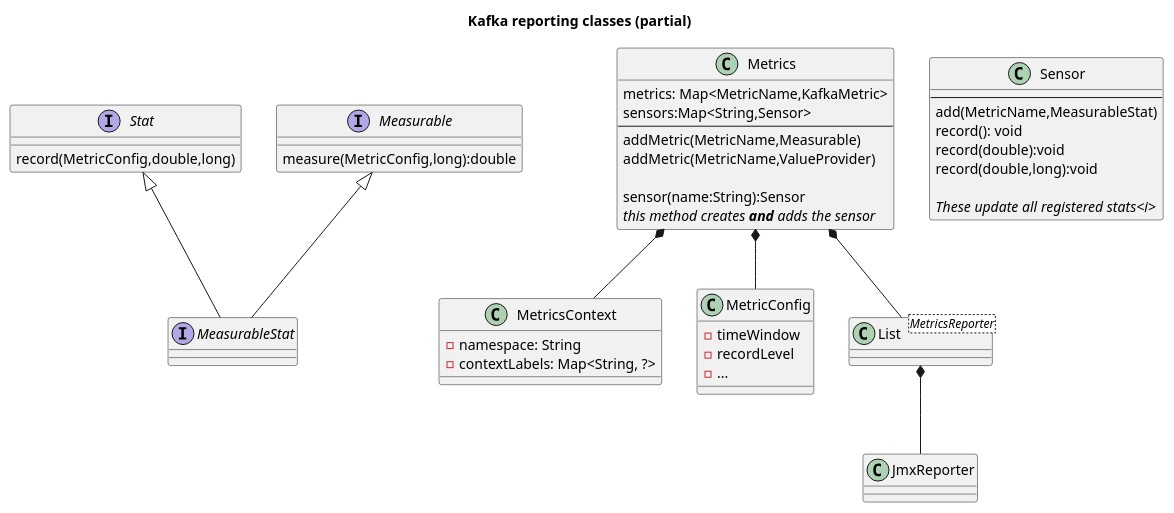
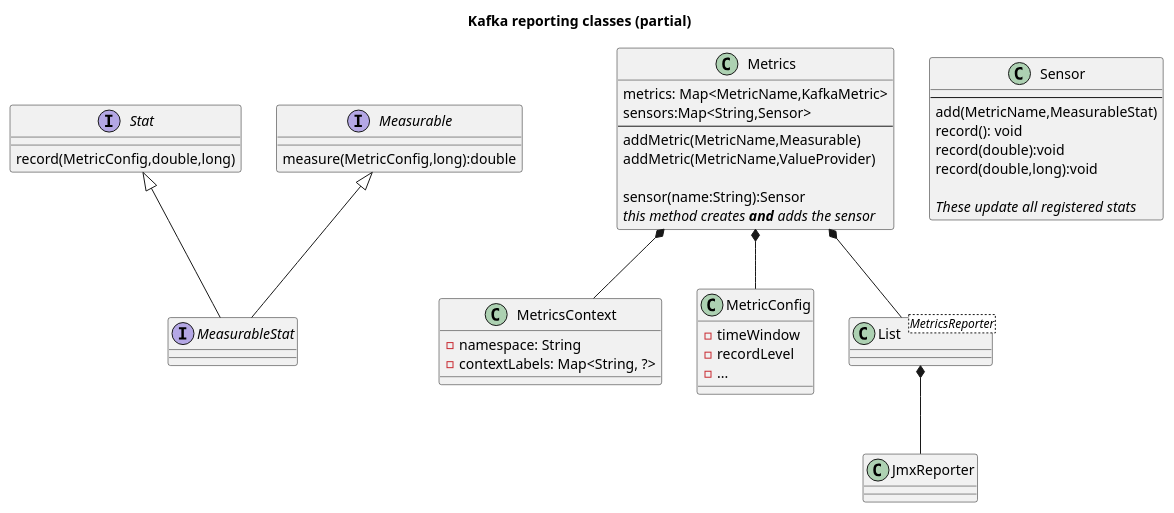
The diagram in reporting.puml (tonvanbart/kafka-connect-example), drawn with PlantUML before and after one commit.

Commit message:
Reporting classes overview

```diff
--- a/reporting.puml
+++ b/reporting.puml
@@ -1,57 +1,57 @@
 @startuml
 'https://plantuml.com/class-diagram
 
 title Kafka reporting classes (partial)
 
 interface Stat {
     record(MetricConfig,double,long)
 }
 
 interface Measurable {
     measure(MetricConfig,long):double
 }
 
 Interface MeasurableStat
 
 Measurable <|-- MeasurableStat
 Stat <|-- MeasurableStat
 
 class Metrics {
     metrics: Map<MetricName,KafkaMetric>
     sensors:Map<String,Sensor>
     ---
     addMetric(MetricName,Measurable)
     addMetric(MetricName,ValueProvider)
 
     sensor(name:String):Sensor
     <i>this method creates <b>and</b> adds the sensor</i>
 }
 
 class Sensor {
     ---
     add(MetricName,MeasurableStat)
     record(): void
     record(double):void
     record(double,long):void
 
-    <i>These update all registered stats<i>
+    <i>These update all registered stats</i>
 }
 
 class MetricsContext {
     - namespace: String
     - contextLabels: Map<String, ?>
 }
 class MetricConfig {
     - timeWindow
     - recordLevel
     - ...
 }
 
 class List<MetricsReporter>
 List *-- JmxReporter
 
 Metrics *-- MetricsContext
 Metrics *-- MetricConfig
 Metrics *-- List
 
 @enduml
```
